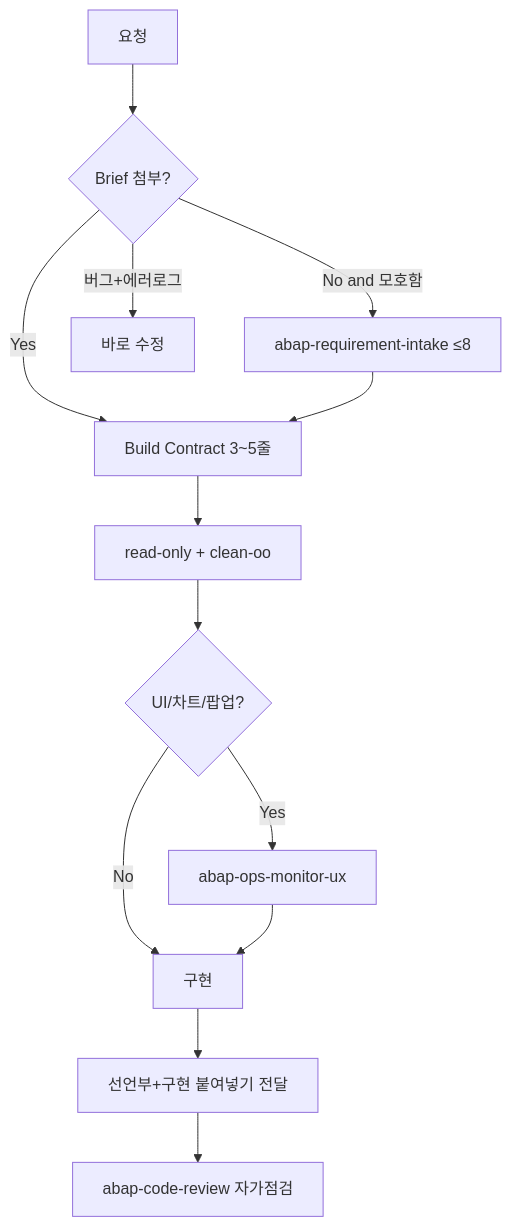
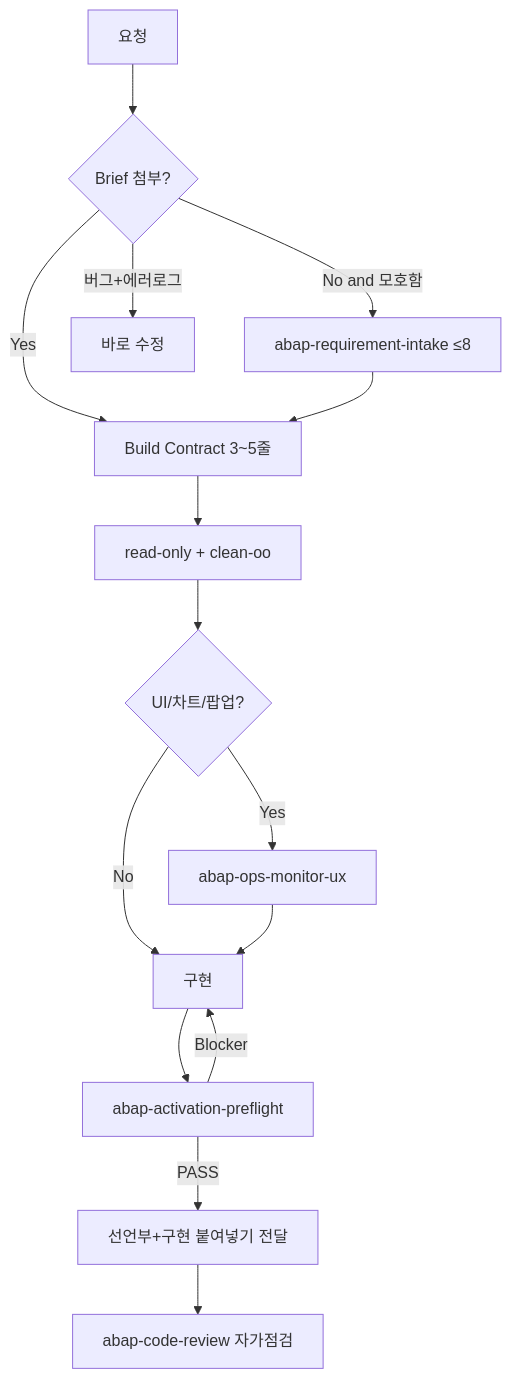
The diagram in docs/guides/high-quality-abap-minimal-prompts.md (hyosungitx00/AI), drawn with Mermaid before and after one commit. The commit also changed other lines of this file and 4 other files, not shown here.

````diff
--- a/docs/guides/high-quality-abap-minimal-prompts.md
+++ b/docs/guides/high-quality-abap-minimal-prompts.md
@@ -35,15 +36,17 @@
 ```mermaid
 flowchart TD
   A[요청] --> B{Brief 첨부?}
   B -->|Yes| D[Build Contract 3~5줄]
   B -->|No and 모호함| C[abap-requirement-intake ≤8]
   C --> D
   B -->|버그+에러로그| E[바로 수정]
   D --> F[read-only + clean-oo]
   F --> G{UI/차트/팝업?}
   G -->|Yes| H[abap-ops-monitor-ux]
   G -->|No| I[구현]
   H --> I
-  I --> J[선언부+구현 붙여넣기 전달]
+  I --> P[abap-activation-preflight]
+  P -->|Blocker| I
+  P -->|PASS| J[선언부+구현 붙여넣기 전달]
   J --> K[abap-code-review 자가점검]
 ```
````
